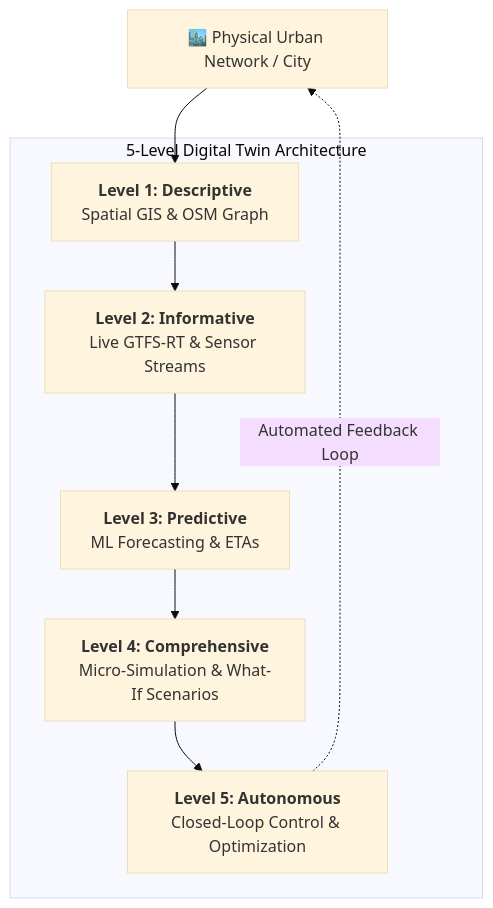
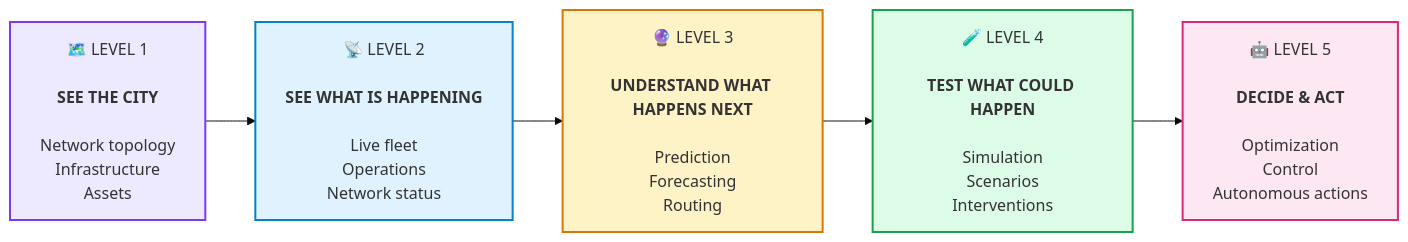
The third of 5 diagrams in README.md (phamdps/transport-digital-twin), drawn with Mermaid (base theme) before and after one commit. The commit also changed other lines of this file and 1 other file, not shown here.

````diff
--- a/README.md
+++ b/README.md
@@ -31,18 +315,27 @@
 ```mermaid
+flowchart LR
 
-graph TD
-    classDef level fill:#f9f,stroke:#333,stroke-width:2px;
-    
-    Physical[🏙️ Physical Urban Network / City] --> L1
-    
-    subgraph 5-Level Digital Twin Architecture
-        L1[<b>Level 1: Descriptive</b><br/>Spatial GIS & OSM Graph] --> L2
-        L2[<b>Level 2: Informative</b><br/>Live GTFS-RT & Sensor Streams] --> L3
-        L3[<b>Level 3: Predictive</b><br/>ML Forecasting & ETAs] --> L4
-        L4[<b>Level 4: Comprehensive</b><br/>Micro-Simulation & What-If Scenarios] --> L5
-        L5[<b>Level 5: Autonomous</b><br/>Closed-Loop Control & Optimization]
-    end
+    L1["🗺️ LEVEL 1<br/><br/><b>SEE THE CITY</b><br/><br/>Network topology<br/>Infrastructure<br/>Assets"]
 
-    L5 -.->|Automated Feedback Loop| Physical
+    L2["📡 LEVEL 2<br/><br/><b>SEE WHAT IS HAPPENING</b><br/><br/>Live fleet<br/>Operations<br/>Network status"]
 
+    L3["🔮 LEVEL 3<br/><br/><b>UNDERSTAND WHAT HAPPENS NEXT</b><br/><br/>Prediction<br/>Forecasting<br/>Routing"]
+
+    L4["🧪 LEVEL 4<br/><br/><b>TEST WHAT COULD HAPPEN</b><br/><br/>Simulation<br/>Scenarios<br/>Interventions"]
+
+    L5["🤖 LEVEL 5<br/><br/><b>DECIDE & ACT</b><br/><br/>Optimization<br/>Control<br/>Autonomous actions"]
+
+    L1 --> L2 --> L3 --> L4 --> L5
+
+    classDef l1 fill:#ede9fe,stroke:#7c3aed,stroke-width:2px;
+    classDef l2 fill:#e0f2fe,stroke:#0284c7,stroke-width:2px;
+    classDef l3 fill:#fef3c7,stroke:#d97706,stroke-width:2px;
+    classDef l4 fill:#dcfce7,stroke:#16a34a,stroke-width:2px;
+    classDef l5 fill:#fce7f3,stroke:#db2777,stroke-width:2px;
+
+    class L1 l1;
+    class L2 l2;
+    class L3 l3;
+    class L4 l4;
+    class L5 l5;
 ```
````
